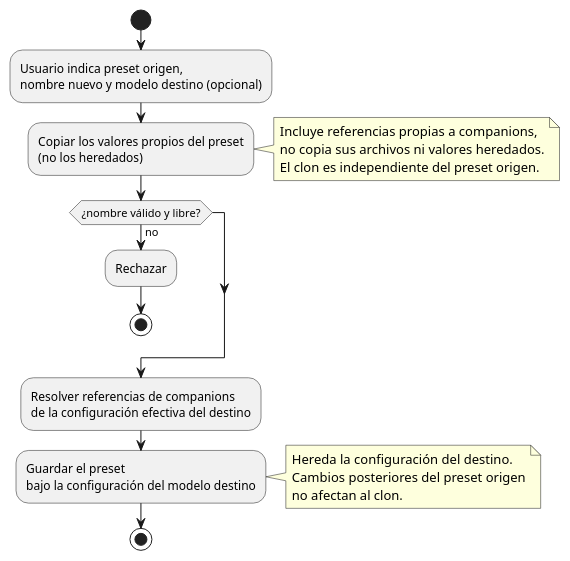
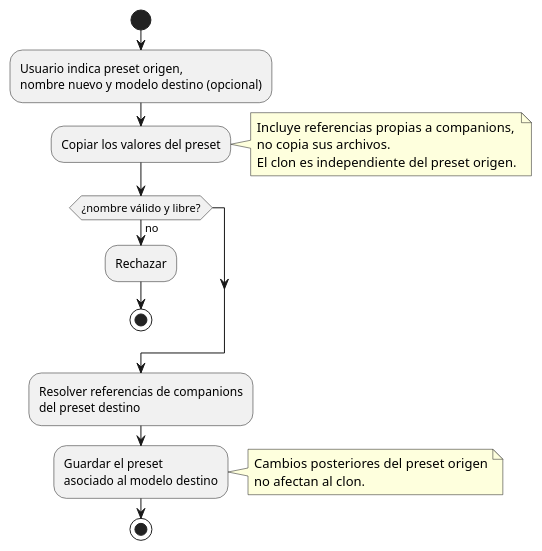
One commit to mstranich/coquena changed the sixth of 7 diagrams in docs/actividades.md. Above: the diagram before and after it, drawn with PlantUML. The commit also changed other lines of this file and 31 other files, not shown here.

````diff
--- a/docs/actividades.md
+++ b/docs/actividades.md
@@ -182,24 +182,23 @@
 ```plantuml
 @startuml
 start
 :Usuario indica preset origen,\nnombre nuevo y modelo destino (opcional);
-  :Copiar los valores propios del preset\n(no los heredados);
+:Copiar los valores del preset;
 note right
   Incluye referencias propias a companions,
-  no copia sus archivos ni valores heredados.
+  no copia sus archivos.
   El clon es independiente del preset origen.
 end note
 if (¿nombre válido y libre?) then (no)
   :Rechazar;
   stop
 endif
-:Resolver referencias de companions\nde la configuración efectiva del destino;
-:Guardar el preset\nbajo la configuración del modelo destino;
+:Resolver referencias de companions\ndel preset destino;
+:Guardar el preset\nasociado al modelo destino;
 note right
-  Hereda la configuración del destino.
   Cambios posteriores del preset origen
   no afectan al clon.
 end note
 stop
 @enduml
 ```
````
